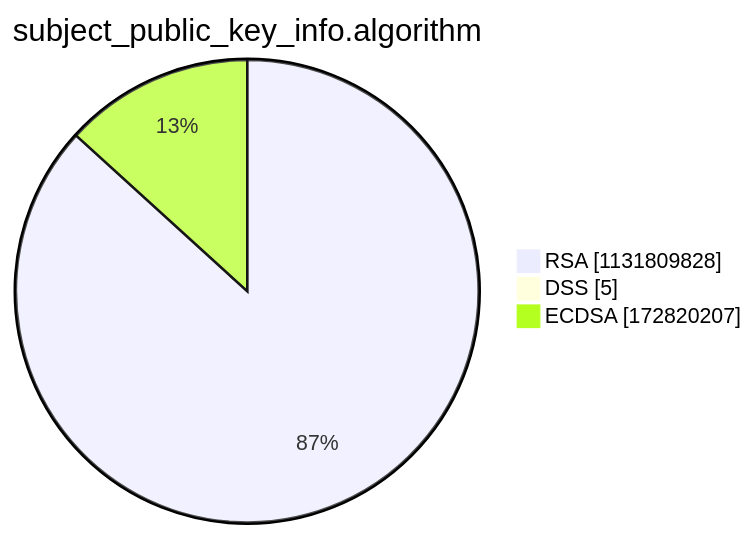
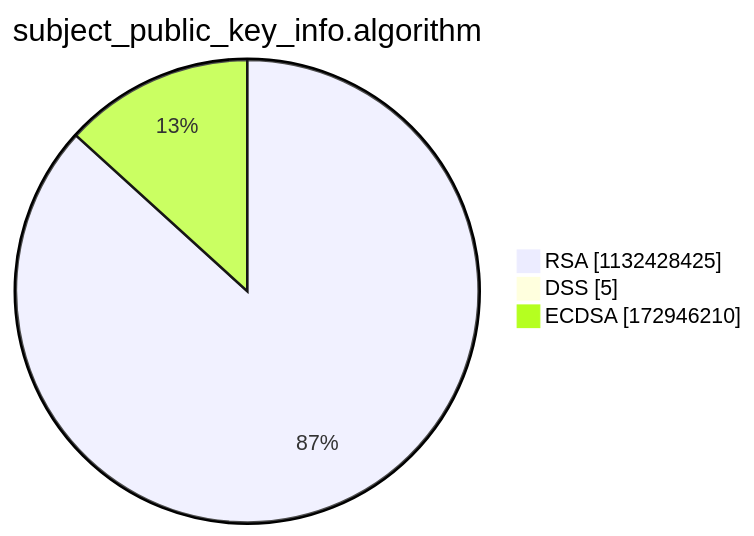
Before and after one commit to christiankrug/ctmonitor_visualization: the third of 15 diagrams in argon2022/README.md, drawn with Mermaid. The commit also changed other lines of this file, not shown here.

````diff
--- a/argon2022/README.md
+++ b/argon2022/README.md
@@ -14,7 +14,7 @@
 ```mermaid
 pie showData
 title subject_public_key_info.algorithm
-"RSA" :1131809828
+"RSA" :1132428425
 "DSS" :5
-"ECDSA" :172820207
+"ECDSA" :172946210
 ```
````
